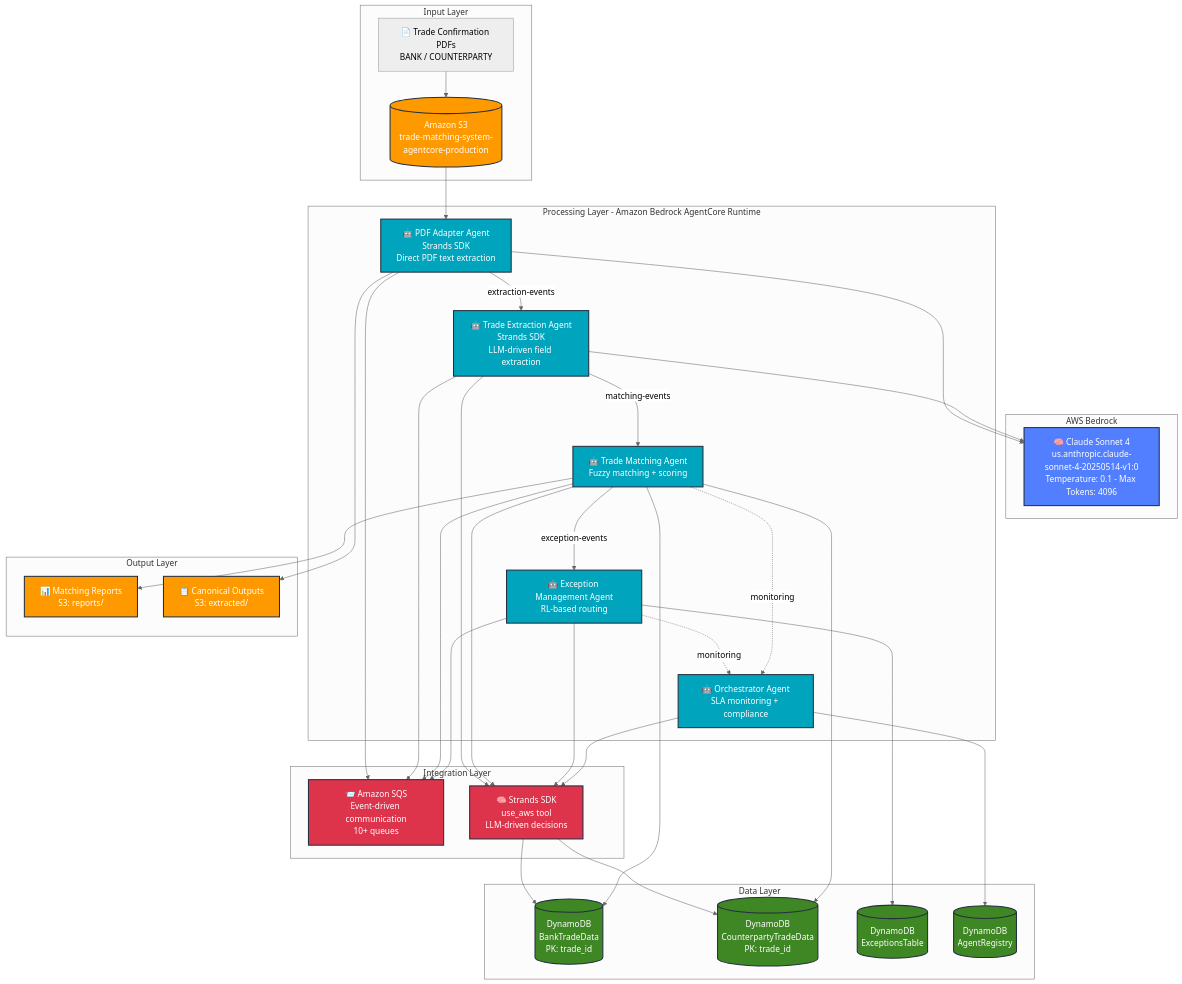
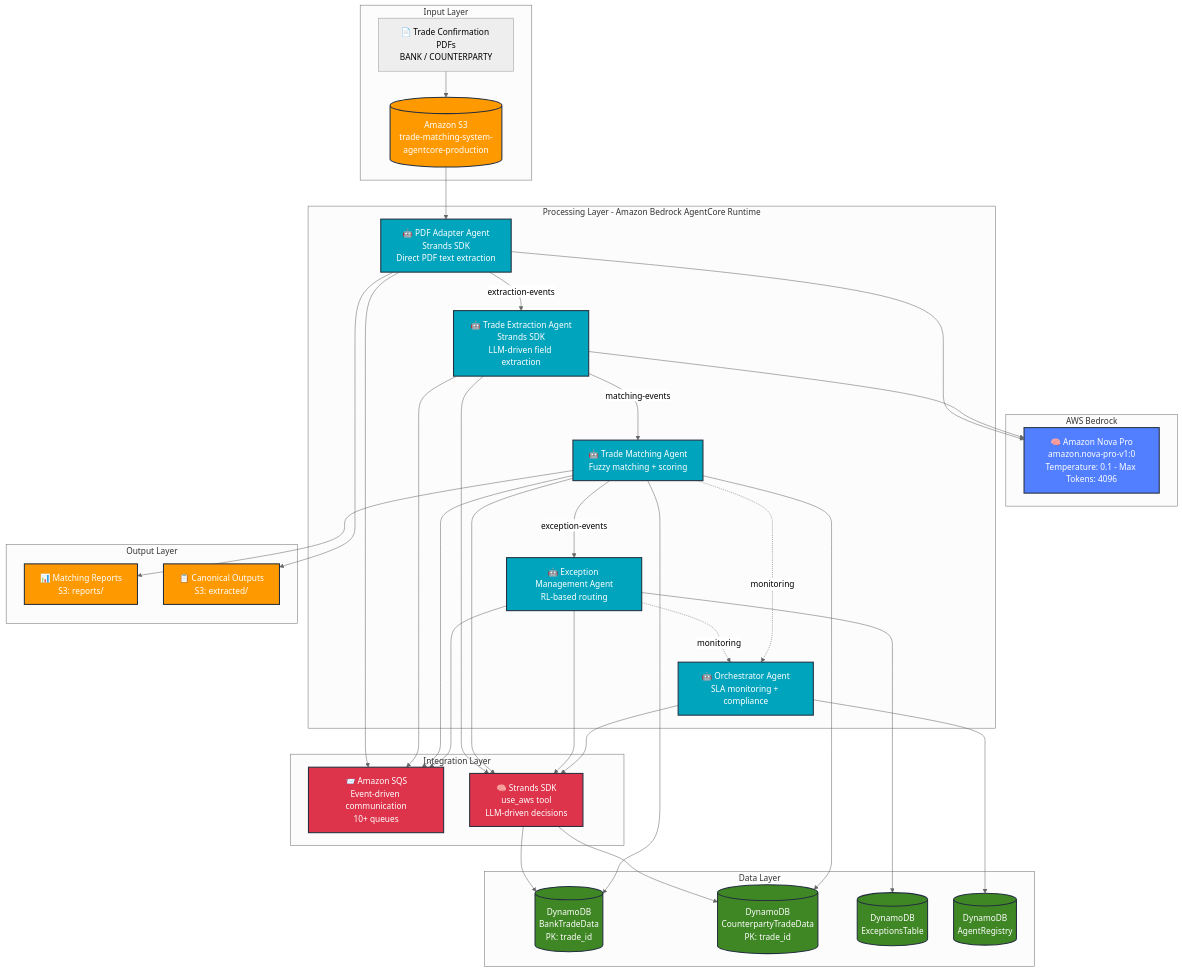
One commit to koushal2018/ai-trade-matching-system changed the diagram in aws-architecture.mmd. Above: the diagram before and after it, drawn with Mermaid (neutral theme). The commit also changed 11 other files, not shown here.

```diff
--- a/aws-architecture.mmd
+++ b/aws-architecture.mmd
@@ -1,77 +1,77 @@
 graph TB
     subgraph "Input Layer"
         PDF[📄 Trade Confirmation PDFs<br/>BANK / COUNTERPARTY]
         S3[(Amazon S3<br/>trade-matching-system-agentcore-production)]
         PDF --> S3
     end
 
     subgraph "AWS Bedrock"
-        Bedrock[🧠 Claude Sonnet 4<br/>us.anthropic.claude-sonnet-4-20250514-v1:0<br/>Temperature: 0.1 - Max Tokens: 4096]
+        Bedrock[🧠 Amazon Nova Pro<br/>amazon.nova-pro-v1:0<br/>Temperature: 0.1 - Max Tokens: 4096]
     end
 
     subgraph "Processing Layer - Amazon Bedrock AgentCore Runtime"
         A1[🤖 PDF Adapter Agent<br/>Strands SDK<br/>Direct PDF text extraction]
         A2[🤖 Trade Extraction Agent<br/>Strands SDK<br/>LLM-driven field extraction]
         A3[🤖 Trade Matching Agent<br/>Fuzzy matching + scoring]
         A4[🤖 Exception Management Agent<br/>RL-based routing]
         A5[🤖 Orchestrator Agent<br/>SLA monitoring + compliance]
 
         A1 -->|extraction-events| A2
         A2 -->|matching-events| A3
         A3 -->|exception-events| A4
         A4 -.->|monitoring| A5
         A3 -.->|monitoring| A5
     end
 
     subgraph "Data Layer"
         DDB1[(DynamoDB<br/>BankTradeData<br/>PK: trade_id)]
         DDB2[(DynamoDB<br/>CounterpartyTradeData<br/>PK: trade_id)]
         DDB3[(DynamoDB<br/>ExceptionsTable)]
         DDB4[(DynamoDB<br/>AgentRegistry)]
     end
 
     subgraph "Integration Layer"
         SQS[📨 Amazon SQS<br/>Event-driven communication<br/>10+ queues]
         Strands[🧠 Strands SDK<br/>use_aws tool<br/>LLM-driven decisions]
     end
 
     subgraph "Output Layer"
         Reports[📊 Matching Reports<br/>S3: reports/]
         Canonical[📋 Canonical Outputs<br/>S3: extracted/]
     end
 
     %% Connections
     S3 --> A1
     A1 --> Bedrock
     A1 --> Canonical
     A2 --> Bedrock
     A2 --> Strands
     A3 --> Strands
     A4 --> Strands
     A5 --> Strands
 
     Strands --> DDB1
     Strands --> DDB2
     A3 --> DDB1
     A3 --> DDB2
     A4 --> DDB3
     A5 --> DDB4
 
     A3 --> Reports
     A1 --> SQS
     A2 --> SQS
     A3 --> SQS
     A4 --> SQS
 
     %% Styling
     classDef aws fill:#FF9900,stroke:#232F3E,stroke-width:2px,color:#fff
     classDef agent fill:#00A4BD,stroke:#232F3E,stroke-width:2px,color:#fff
     classDef bedrock fill:#527FFF,stroke:#232F3E,stroke-width:2px,color:#fff
     classDef data fill:#3F8624,stroke:#232F3E,stroke-width:2px,color:#fff
     classDef tool fill:#DD344C,stroke:#232F3E,stroke-width:2px,color:#fff
 
     class S3,Canonical,Reports aws
     class A1,A2,A3,A4,A5 agent
     class Bedrock bedrock
     class DDB1,DDB2,DDB3,DDB4 data
     class SQS,Strands tool
```
